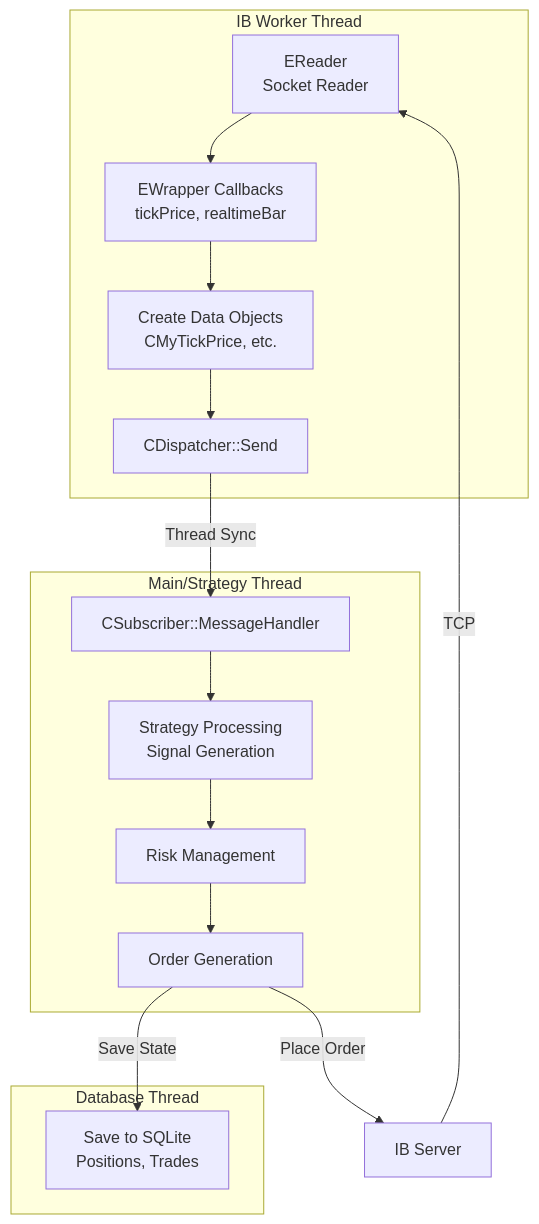
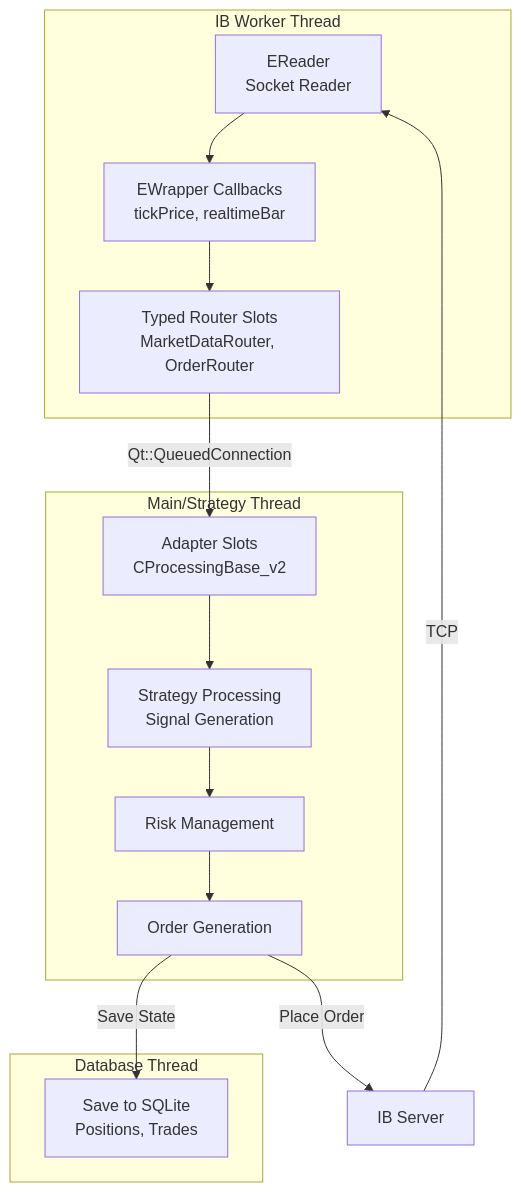
Before and after one commit to CloseToAlgoTrading/IbTradeQtDev: the tenth of 23 diagrams in IbTradeQt/ARCHITECTURE.md, drawn with Mermaid. The commit also changed other lines of this file and 33 other files, not shown here.

````diff
--- a/IbTradeQt/ARCHITECTURE.md
+++ b/IbTradeQt/ARCHITECTURE.md
@@ -620,31 +625,29 @@
 ```mermaid
 flowchart TB
     subgraph IBThread[IB Worker Thread]
         EReader[EReader<br/>Socket Reader]
         Callbacks[EWrapper Callbacks<br/>tickPrice, realtimeBar]
-        CreateObj[Create Data Objects<br/>CMyTickPrice, etc.]
-        DispatchCall[CDispatcher::Send]
+        RouterCall[Typed Router Slots<br/>MarketDataRouter, OrderRouter]
     end
     
     subgraph MainThread[Main/Strategy Thread]
-        MsgHandler[CSubscriber::MessageHandler]
+        AdapterSlots[Adapter Slots<br/>CProcessingBase_v2]
         StrategyLogic[Strategy Processing<br/>Signal Generation]
         RiskCheck[Risk Management]
         OrderGen[Order Generation]
     end
     
     subgraph DBThread[Database Thread]
         DBSave[Save to SQLite<br/>Positions, Trades]
     end
     
     IB[IB Server] -->|TCP| EReader
     EReader --> Callbacks
-    Callbacks --> CreateObj
-    CreateObj --> DispatchCall
-    DispatchCall -->|Thread Sync| MsgHandler
-    MsgHandler --> StrategyLogic
+    Callbacks --> RouterCall
+    RouterCall -->|Qt::QueuedConnection| AdapterSlots
+    AdapterSlots --> StrategyLogic
     StrategyLogic --> RiskCheck
     RiskCheck --> OrderGen
     OrderGen -->|Place Order| IB
     OrderGen -->|Save State| DBSave
 ```
````
